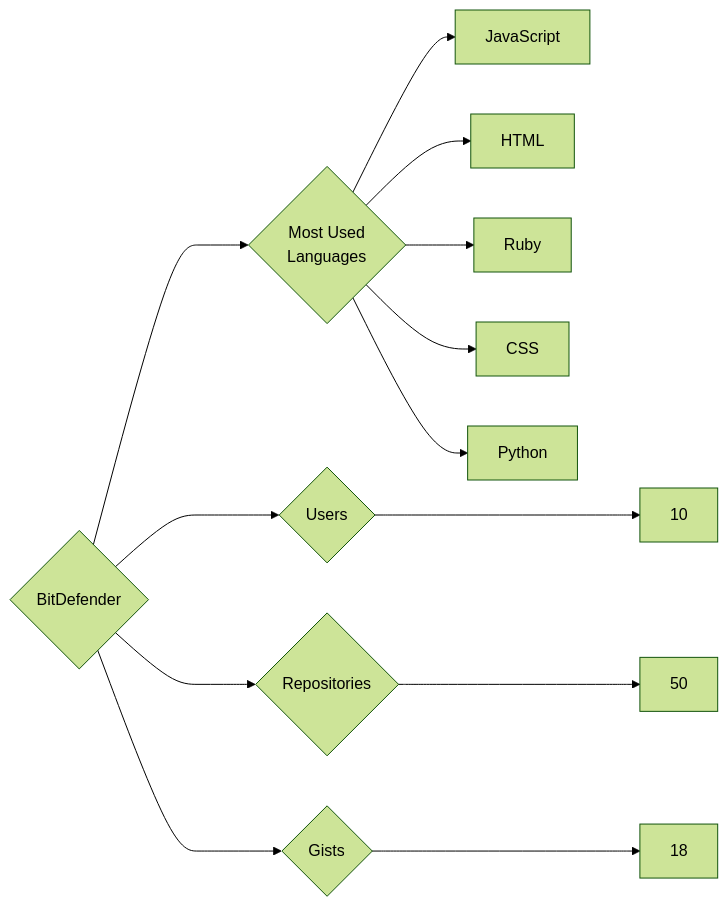
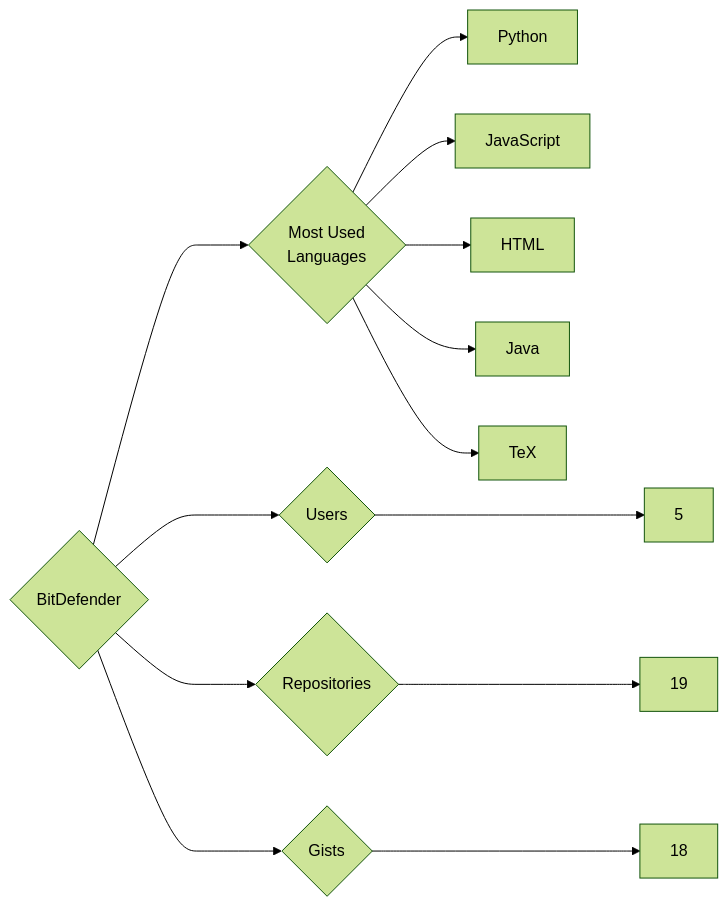
Before and after one commit to trickest/insiders: the diagram in targets/BitDefender/README.md, drawn with Mermaid (forest theme). The commit also changed 900 other files, not shown here.

````diff
--- a/targets/BitDefender/README.md
+++ b/targets/BitDefender/README.md
@@ -3,13 +3,13 @@
 ```mermaid
 graph LR
 COMPANY_NAME{BitDefender}
-COMPANY_NAME ---> U{Users} ---> UN[10]
-COMPANY_NAME ---> R{Repositories} ---> RN[50]
+COMPANY_NAME ---> U{Users} ---> UN[5]
+COMPANY_NAME ---> R{Repositories} ---> RN[19]
 COMPANY_NAME ---> G{Gists} ---> GN[18]
 COMPANY_NAME ---> ML{Most Used<br>Languages}
+ML --> Python[Python]
 ML --> JavaScript[JavaScript]
 ML --> HTML[HTML]
-ML --> Ruby[Ruby]
-ML --> CSS[CSS]
-ML --> Python[Python]
+ML --> Java[Java]
+ML --> TeX[TeX]
 ```
````
